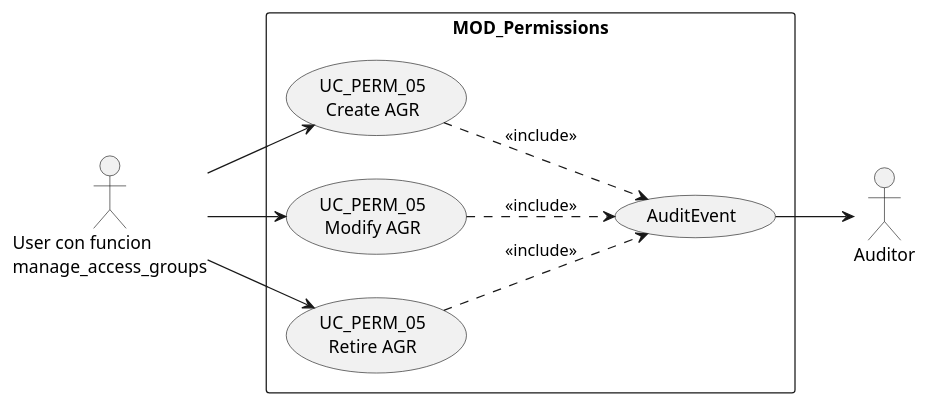
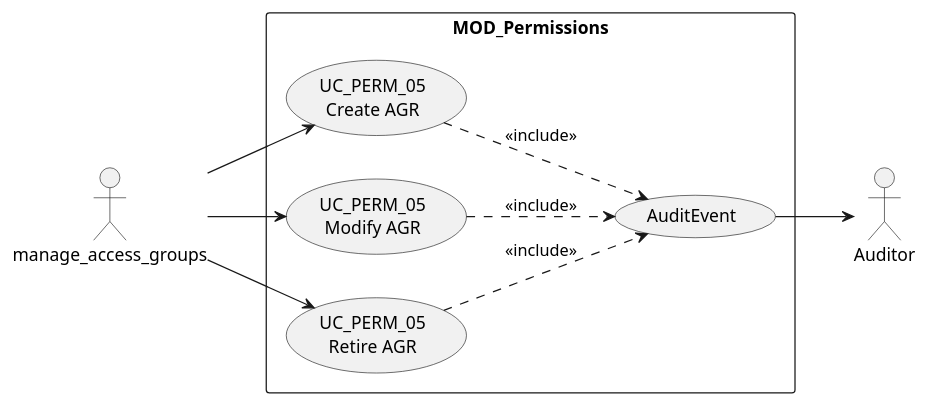
Before and after one commit to jcg-admin/IACT-docs: the first of 4 diagrams in source/requisitos/casos-uso/permissions/uc-perm-05/diagramas-uml.rst, drawn with PlantUML. The commit also changed 77 other files, not shown here.

First line of the commit message:
Enforce RBAC function names as actors in all UML diagrams

```diff
--- a/source/requisitos/casos-uso/permissions/uc-perm-05/diagramas-uml.rst
+++ b/source/requisitos/casos-uso/permissions/uc-perm-05/diagramas-uml.rst
@@ -10,25 +10,25 @@
 .. uml::
  :caption: UC_PERM_05 — gestion catalogo AGR
 
  @startuml
  left to right direction
 
- actor "User con funcion\nmanage_access_groups" as MGR
+ actor "manage_access_groups" as MGR
  actor "Auditor" as AUD
 
  rectangle "MOD_Permissions" {
    usecase "UC_PERM_05\nCreate AGR" as UCCRE
    usecase "UC_PERM_05\nModify AGR" as UCMOD
    usecase "UC_PERM_05\nRetire AGR" as UCRET
    usecase "AuditEvent" as EMI
  }
 
  MGR --> UCCRE
  MGR --> UCMOD
  MGR --> UCRET
  UCCRE ..> EMI : <<include>>
  UCMOD ..> EMI : <<include>>
  UCRET ..> EMI : <<include>>
  EMI --> AUD
 
  @enduml
```
